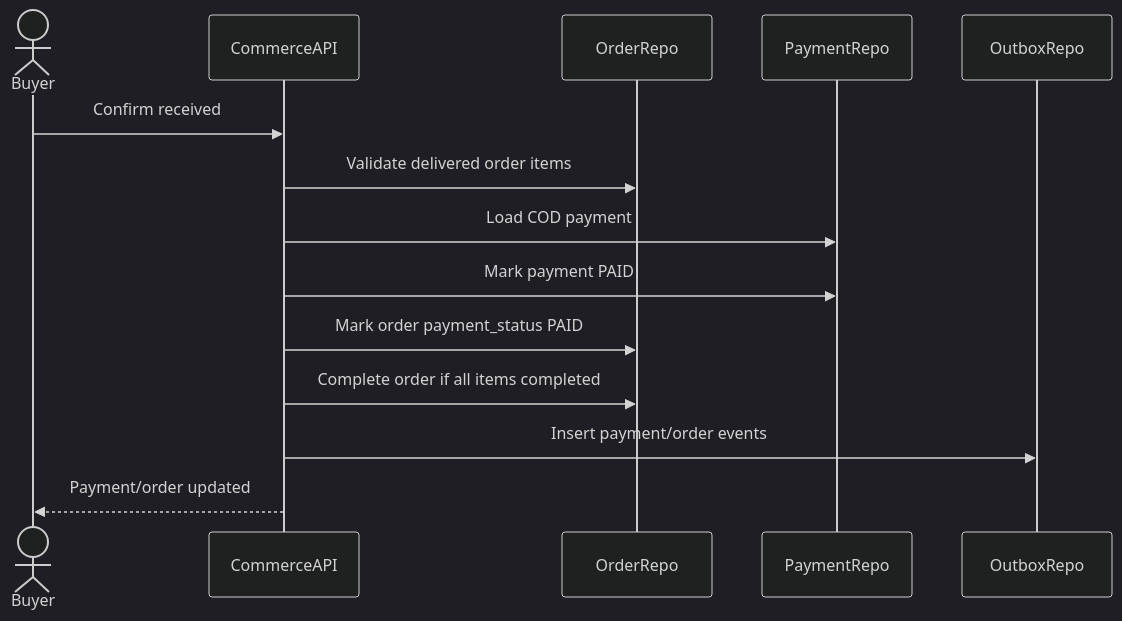
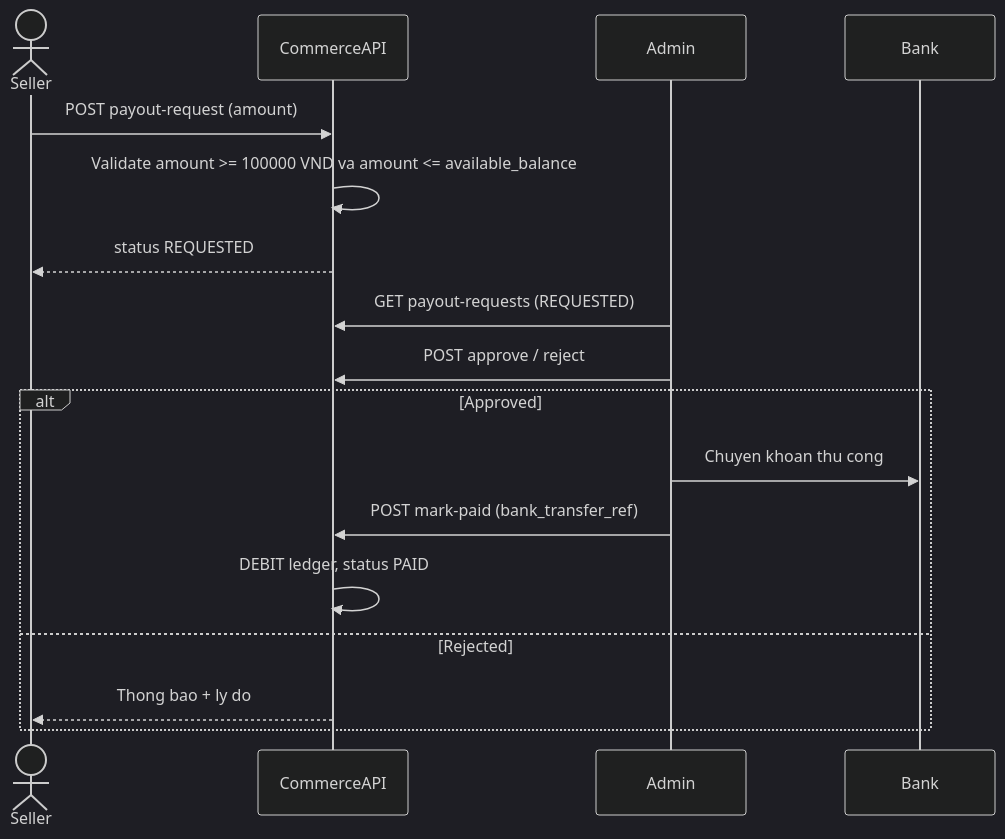
One commit to Kietptk2k4/2Hand_Projects changed the second of 2 diagrams in docs/business_flow/commerce_business_flow/seller-finance-cod-payout-flow.md. Above: the diagram before and after it, drawn with Mermaid (dark theme). The commit also changed other lines of this file and 370 other files, not shown here.

````diff
--- a/docs/business_flow/commerce_business_flow/seller-finance-cod-payout-flow.md
+++ b/docs/business_flow/commerce_business_flow/seller-finance-cod-payout-flow.md
@@ -267,17 +212,22 @@
 ```mermaid
 sequenceDiagram
-    actor Buyer
+    actor Seller
     participant CommerceAPI
-    participant OrderRepo
-    participant PaymentRepo
-    participant OutboxRepo
+    participant Admin
+    participant Bank
 
-    Buyer->>CommerceAPI: Confirm received
-    CommerceAPI->>OrderRepo: Validate delivered order items
-    CommerceAPI->>PaymentRepo: Load COD payment
-    CommerceAPI->>PaymentRepo: Mark payment PAID
-    CommerceAPI->>OrderRepo: Mark order payment_status PAID
-    CommerceAPI->>OrderRepo: Complete order if all items completed
-    CommerceAPI->>OutboxRepo: Insert payment/order events
-    CommerceAPI-->>Buyer: Payment/order updated
+    Seller->>CommerceAPI: POST payout-request (amount)
+    CommerceAPI->>CommerceAPI: Validate amount >= 100000 VND va amount <= available_balance
+    CommerceAPI-->>Seller: status REQUESTED
+
+    Admin->>CommerceAPI: GET payout-requests (REQUESTED)
+    Admin->>CommerceAPI: POST approve / reject
+
+    alt Approved
+        Admin->>Bank: Chuyen khoan thu cong
+        Admin->>CommerceAPI: POST mark-paid (bank_transfer_ref)
+        CommerceAPI->>CommerceAPI: DEBIT ledger, status PAID
+    else Rejected
+        CommerceAPI-->>Seller: Thong bao + ly do
+    end
 ```
````
